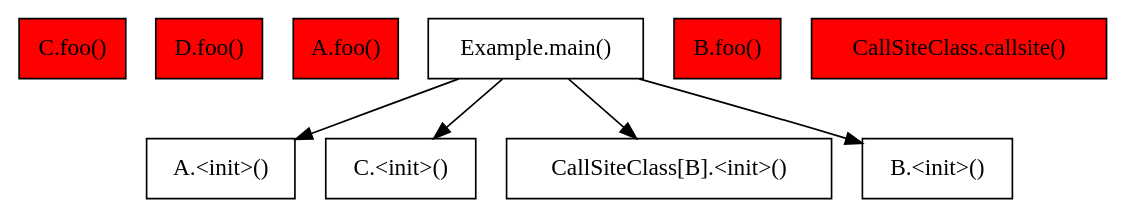
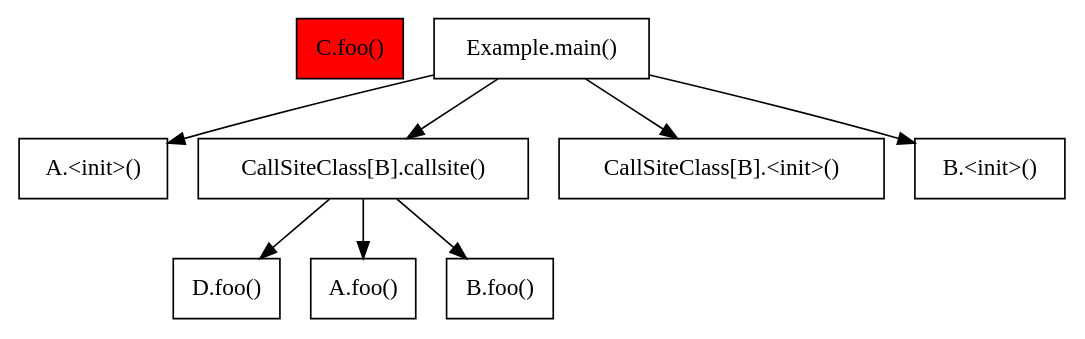
The diagram in callgraphproject/src/main/scala/graphs/CHA/CHAExample.dot (enricumming/ScalaCallGraphAnalysis), drawn with Graphviz before and after one commit. The commit also changed 8 other files, not shown here.

```diff
--- a/callgraphproject/src/main/scala/graphs/CHA/CHAExample.dot
+++ b/callgraphproject/src/main/scala/graphs/CHA/CHAExample.dot
@@ -1,17 +1,19 @@
 digraph CallGraph {
   node [shape=box];
   "C.foo()" [style=filled, fillcolor=red];
-  "D.foo()" [style=filled, fillcolor=red];
-  "A.foo()" [style=filled, fillcolor=red];
+  "D.foo()" [style=filled, fillcolor=white];
+  "A.foo()" [style=filled, fillcolor=white];
   "A.<init>()" [style=filled, fillcolor=white];
-  "B.foo()" [style=filled, fillcolor=red];
-  "C.<init>()" [style=filled, fillcolor=white];
+  "B.foo()" [style=filled, fillcolor=white];
   "Example.main()" [style=filled, fillcolor=white];
-  "CallSiteClass.callsite()" [style=filled, fillcolor=red];
+  "CallSiteClass[B].callsite()" [style=filled, fillcolor=white];
   "CallSiteClass[B].<init>()" [style=filled, fillcolor=white];
   "B.<init>()" [style=filled, fillcolor=white];
   "Example.main()" -> "CallSiteClass[B].<init>()";
-  "Example.main()" -> "C.<init>()";
+  "Example.main()" -> "B.<init>()";
   "Example.main()" -> "A.<init>()";
-  "Example.main()" -> "B.<init>()";
+  "CallSiteClass[B].callsite()" -> "D.foo()";
+  "CallSiteClass[B].callsite()" -> "B.foo()";
+  "Example.main()" -> "CallSiteClass[B].callsite()";
+  "CallSiteClass[B].callsite()" -> "A.foo()";
 }
```
